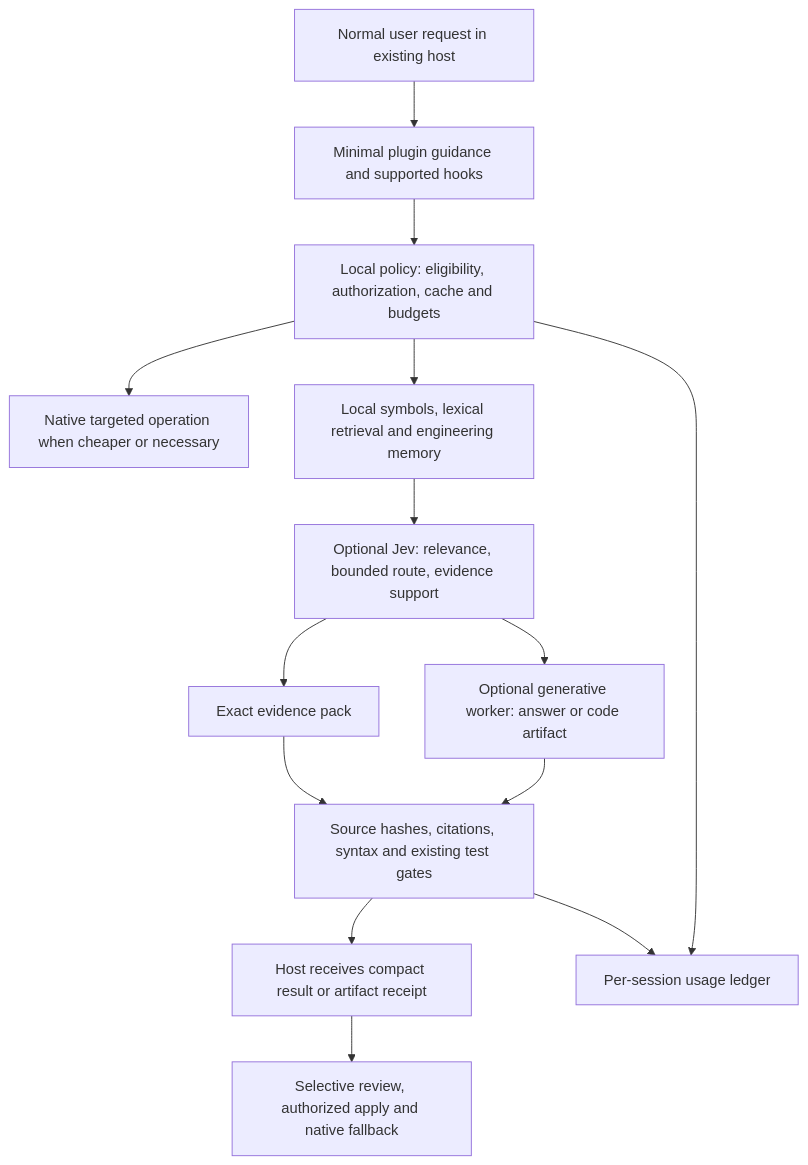
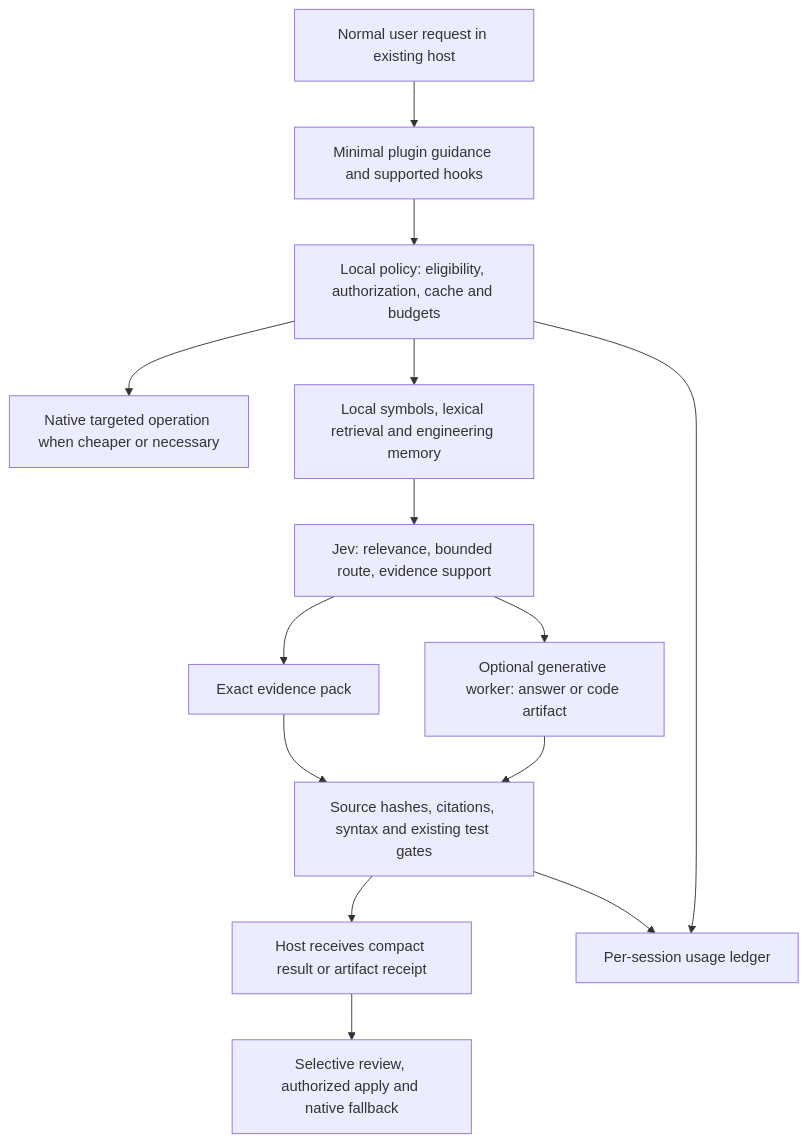
Before and after one commit to dsandrade/jevra: the third of 3 diagrams in docs/token-efficiency-plan.md, drawn with Mermaid. The commit also changed other lines of this file and 6 other files, not shown here.

````diff
--- a/docs/token-efficiency-plan.md
+++ b/docs/token-efficiency-plan.md
@@ -96,16 +96,16 @@
 ```mermaid
 flowchart TD
     U[Normal user request in existing host] --> H[Minimal plugin guidance and supported hooks]
     H --> D[Local policy: eligibility, authorization, cache and budgets]
     D --> N[Native targeted operation when cheaper or necessary]
     D --> R[Local symbols, lexical retrieval and engineering memory]
-    R --> J[Optional Jev: relevance, bounded route, evidence support]
+    R --> J[Jev: relevance, bounded route, evidence support]
     J --> E[Exact evidence pack]
     J --> W[Optional generative worker: answer or code artifact]
     E --> V[Source hashes, citations, syntax and existing test gates]
     W --> V
     V --> A[Host receives compact result or artifact receipt]
     A --> F[Selective review, authorized apply and native fallback]
     D --> T[Per-session usage ledger]
     V --> T
 ```
````
